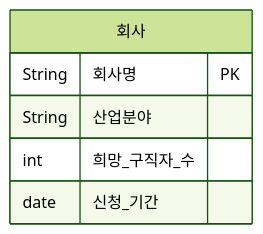
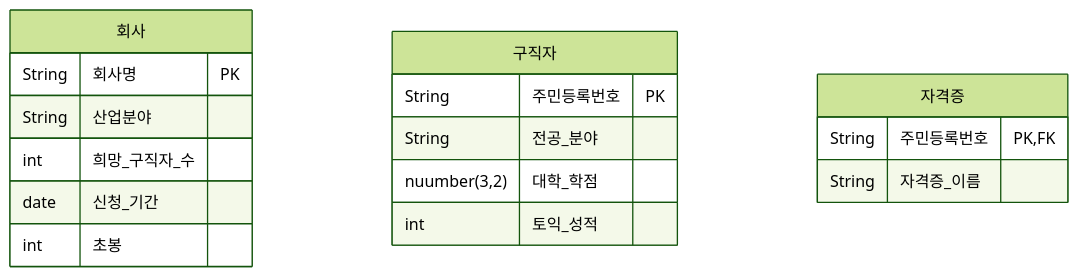
The diagram in README.md (zerojun040329-eng/test-260401), drawn with Mermaid (forest theme) before and after one commit.

````diff
--- a/README.md
+++ b/README.md
@@ -1,9 +1,20 @@
 ```mermaid
 erDiagram
   회사 {
     String 회사명 PK
     String 산업분야
     int 희망_구직자_수
     date 신청_기간
+    int 초봉
+  }
+  구직자 {
+    String 주민등록번호 PK
+    String 전공_분야
+    nuumber(3,2) 대학_학점
+    int 토익_성적
+  }
+  자격증 {
+    String 주민등록번호 PK, FK
+    String 자격증_이름
   }
 ```
````
